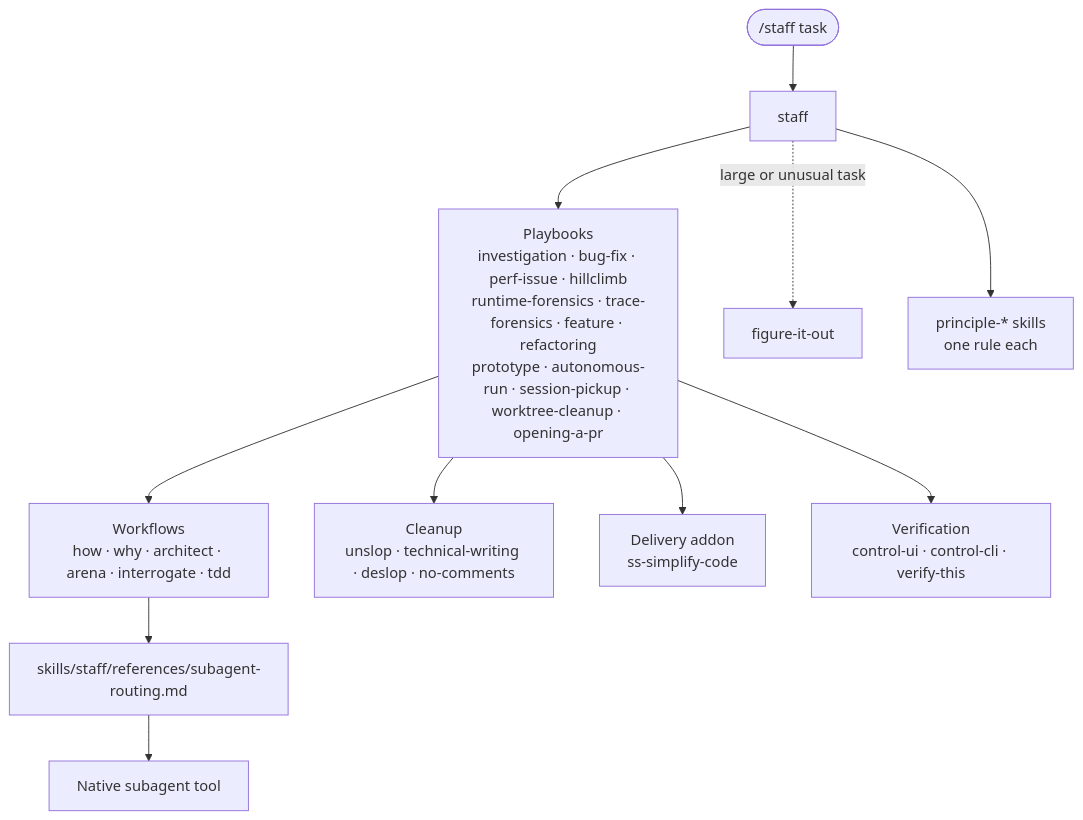
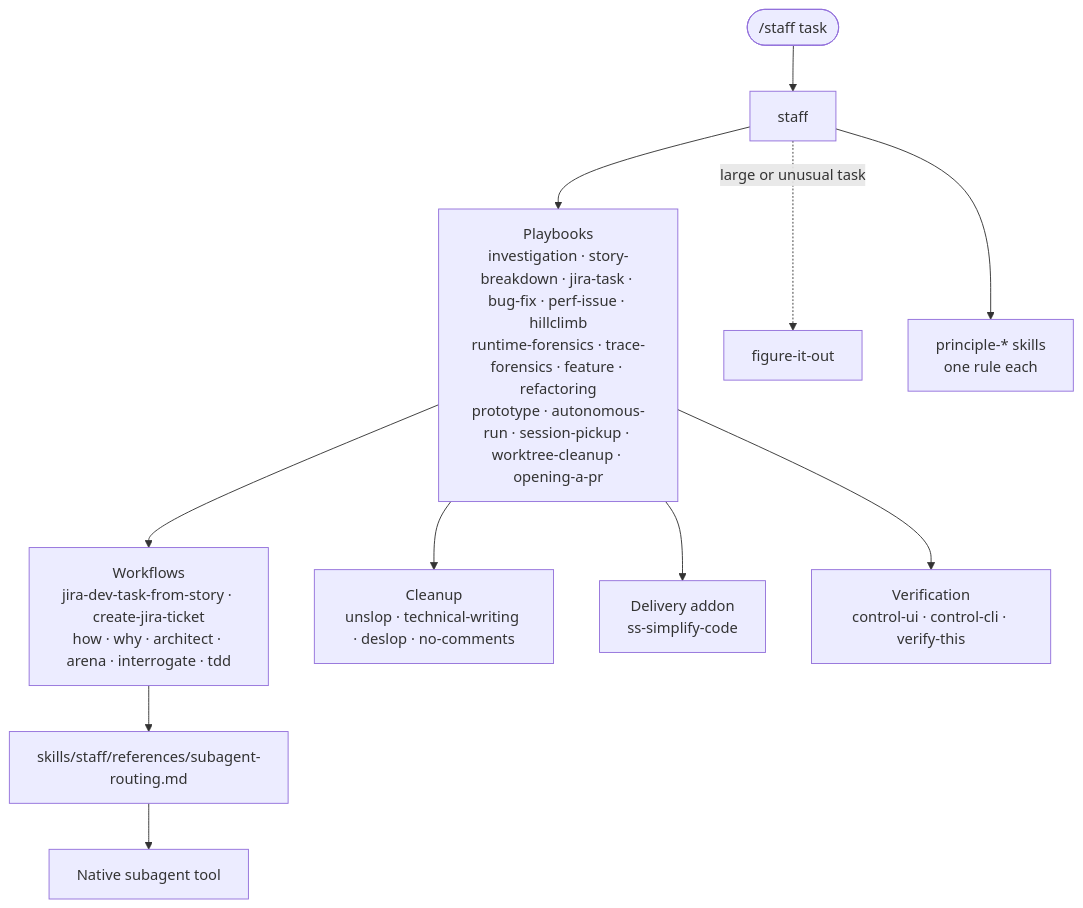
Before and after one commit to steven-yu-appier/steven-stack: the first of 2 diagrams in README.md, drawn with Mermaid. The commit also changed other lines of this file and 16 other files, not shown here.

First line of the commit message:
feat: add Jira story planning and task playbooks

````diff
--- a/README.md
+++ b/README.md
@@ -116,13 +116,13 @@
 ```mermaid
 flowchart TD
     U(["/staff task"]) --> S[staff]
-    S --> P["Playbooks<br/>investigation · bug-fix · perf-issue · hillclimb<br/>runtime-forensics · trace-forensics · feature · refactoring<br/>prototype · autonomous-run · session-pickup · worktree-cleanup · opening-a-pr"]
+    S --> P["Playbooks<br/>investigation · story-breakdown · jira-task · bug-fix · perf-issue · hillclimb<br/>runtime-forensics · trace-forensics · feature · refactoring<br/>prototype · autonomous-run · session-pickup · worktree-cleanup · opening-a-pr"]
     S -. large or unusual task .-> F[figure-it-out]
     S --> PR["principle-* skills<br/>one rule each"]
-    P --> W["Workflows<br/>how · why · architect · arena · interrogate · tdd"]
+    P --> W["Workflows<br/>jira-dev-task-from-story · create-jira-ticket<br/>how · why · architect · arena · interrogate · tdd"]
     P --> Q["Cleanup<br/>unslop · technical-writing · deslop · no-comments"]
     P --> A["Delivery addon<br/>ss-simplify-code"]
     P --> V["Verification<br/>control-ui · control-cli · verify-this"]
     W --> R["skills/staff/references/subagent-routing.md"]
     R --> N["Native subagent tool"]
 ```
````
